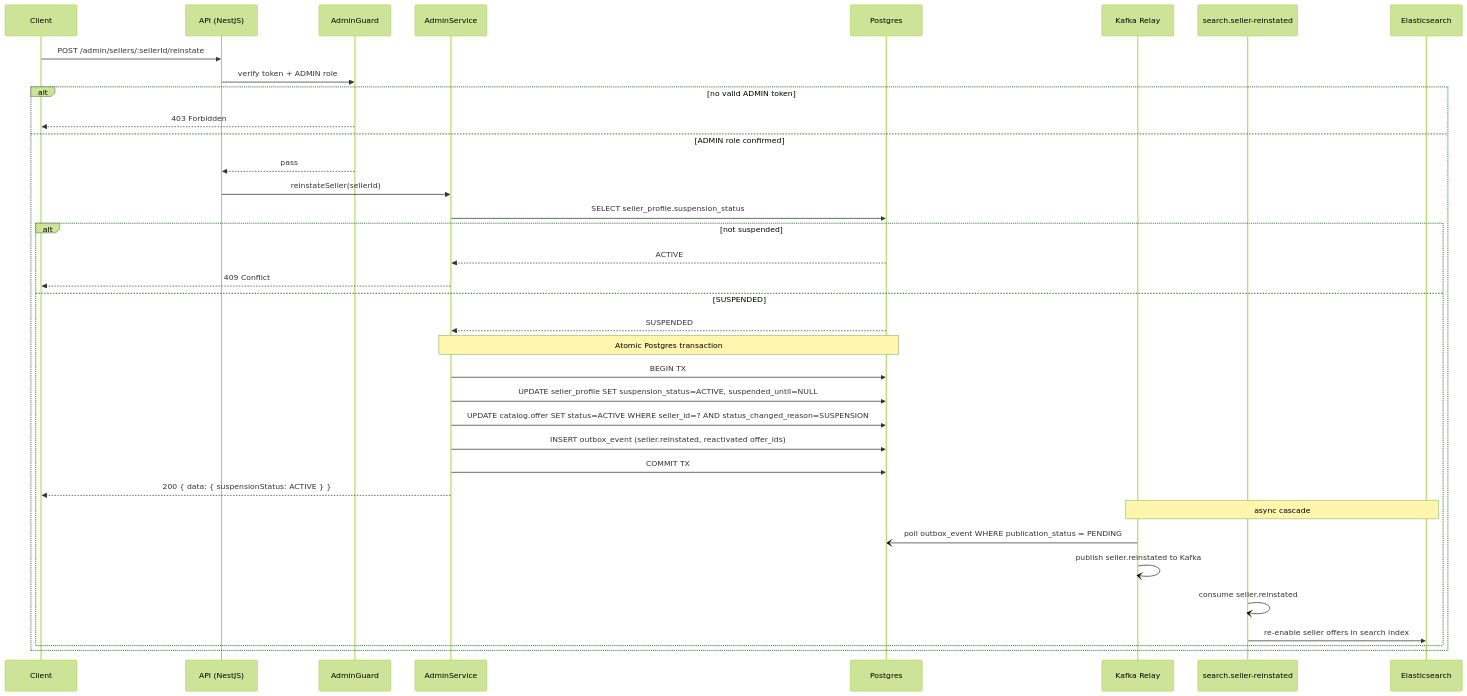
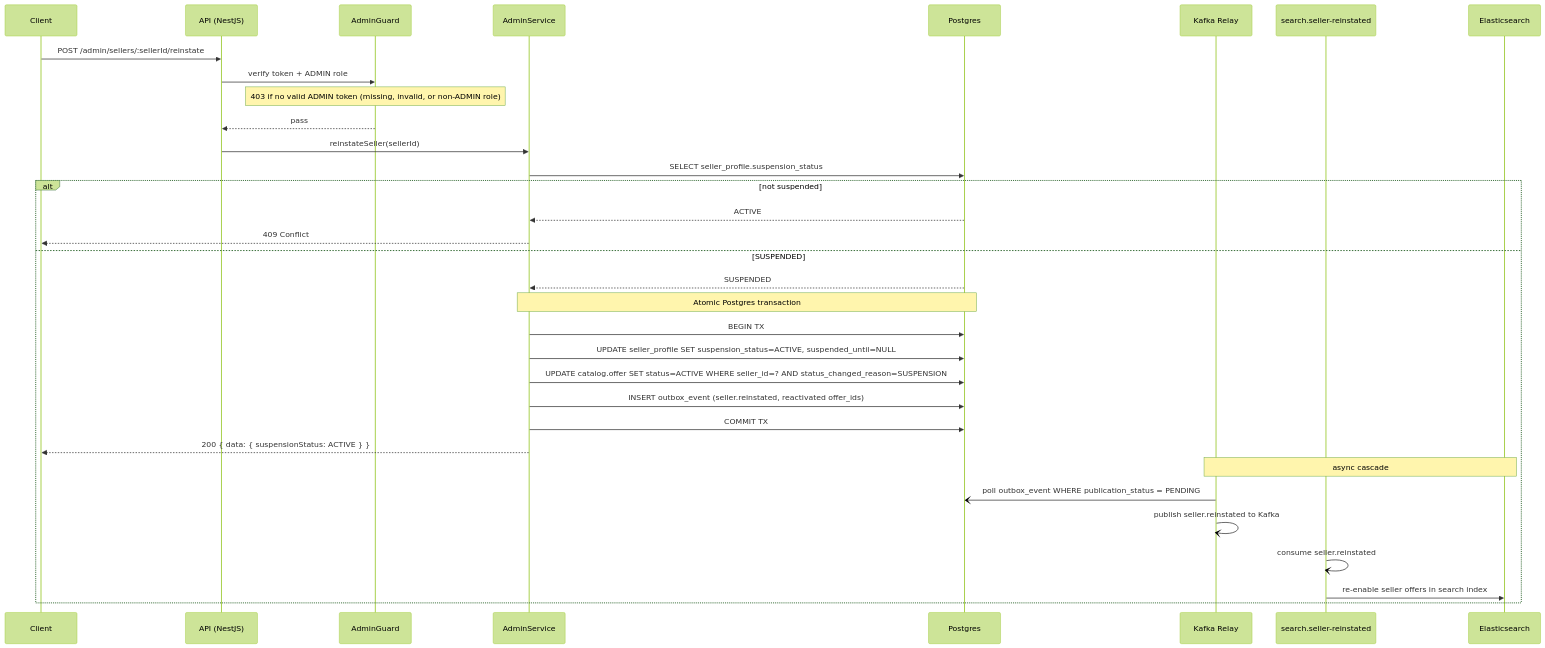
One commit to alisa-uthi/aliceut-ecom-document changed the seventh of 12 diagrams in phase-1/technical-design/api-design/admin.md. Above: the diagram before and after it, drawn with Mermaid (forest theme). The commit also changed other lines of this file and 35 other files, not shown here.

````diff
--- a/phase-1/technical-design/api-design/admin.md
+++ b/phase-1/technical-design/api-design/admin.md
@@ -411,39 +393,36 @@
 ```mermaid
 sequenceDiagram
     participant C as Client
     participant API as API (NestJS)
     participant G as AdminGuard
     participant S as AdminService
     participant PG as Postgres
     participant Relay as Kafka Relay
     participant SC as search.seller-reinstated
     participant ES as Elasticsearch
 
     C->>API: POST /admin/sellers/:sellerId/reinstate
     API->>G: verify token + ADMIN role
-    alt no valid ADMIN token
-        G-->>C: 403 Forbidden
-    else ADMIN role confirmed
-        G-->>API: pass
-        API->>S: reinstateSeller(sellerId)
-        S->>PG: SELECT seller_profile.suspension_status
-        alt not suspended
-            PG-->>S: ACTIVE
-            S-->>C: 409 Conflict
-        else SUSPENDED
-            PG-->>S: SUSPENDED
-            Note over S,PG: Atomic Postgres transaction
-            S->>PG: BEGIN TX
-            S->>PG: UPDATE seller_profile SET suspension_status=ACTIVE, suspended_until=NULL
-            S->>PG: UPDATE catalog.offer SET status=ACTIVE WHERE seller_id=? AND status_changed_reason=SUSPENSION
-            S->>PG: INSERT outbox_event (seller.reinstated, reactivated offer_ids)
-            S->>PG: COMMIT TX
-            S-->>C: 200 { data: { suspensionStatus: ACTIVE } }
-            Note over Relay,ES: async cascade
-            Relay-)PG: poll outbox_event WHERE publication_status = PENDING
-            Relay-)Relay: publish seller.reinstated to Kafka
-            SC-)SC: consume seller.reinstated
-            SC->>ES: re-enable seller offers in search index
-        end
+    Note over G: 403 if no valid ADMIN token (missing, invalid, or non-ADMIN role)
+    G-->>API: pass
+    API->>S: reinstateSeller(sellerId)
+    S->>PG: SELECT seller_profile.suspension_status
+    alt not suspended
+        PG-->>S: ACTIVE
+        S-->>C: 409 Conflict
+    else SUSPENDED
+        PG-->>S: SUSPENDED
+        Note over S,PG: Atomic Postgres transaction
+        S->>PG: BEGIN TX
+        S->>PG: UPDATE seller_profile SET suspension_status=ACTIVE, suspended_until=NULL
+        S->>PG: UPDATE catalog.offer SET status=ACTIVE WHERE seller_id=? AND status_changed_reason=SUSPENSION
+        S->>PG: INSERT outbox_event (seller.reinstated, reactivated offer_ids)
+        S->>PG: COMMIT TX
+        S-->>C: 200 { data: { suspensionStatus: ACTIVE } }
+        Note over Relay,ES: async cascade
+        Relay-)PG: poll outbox_event WHERE publication_status = PENDING
+        Relay-)Relay: publish seller.reinstated to Kafka
+        SC-)SC: consume seller.reinstated
+        SC->>ES: re-enable seller offers in search index
     end
 ```
````
